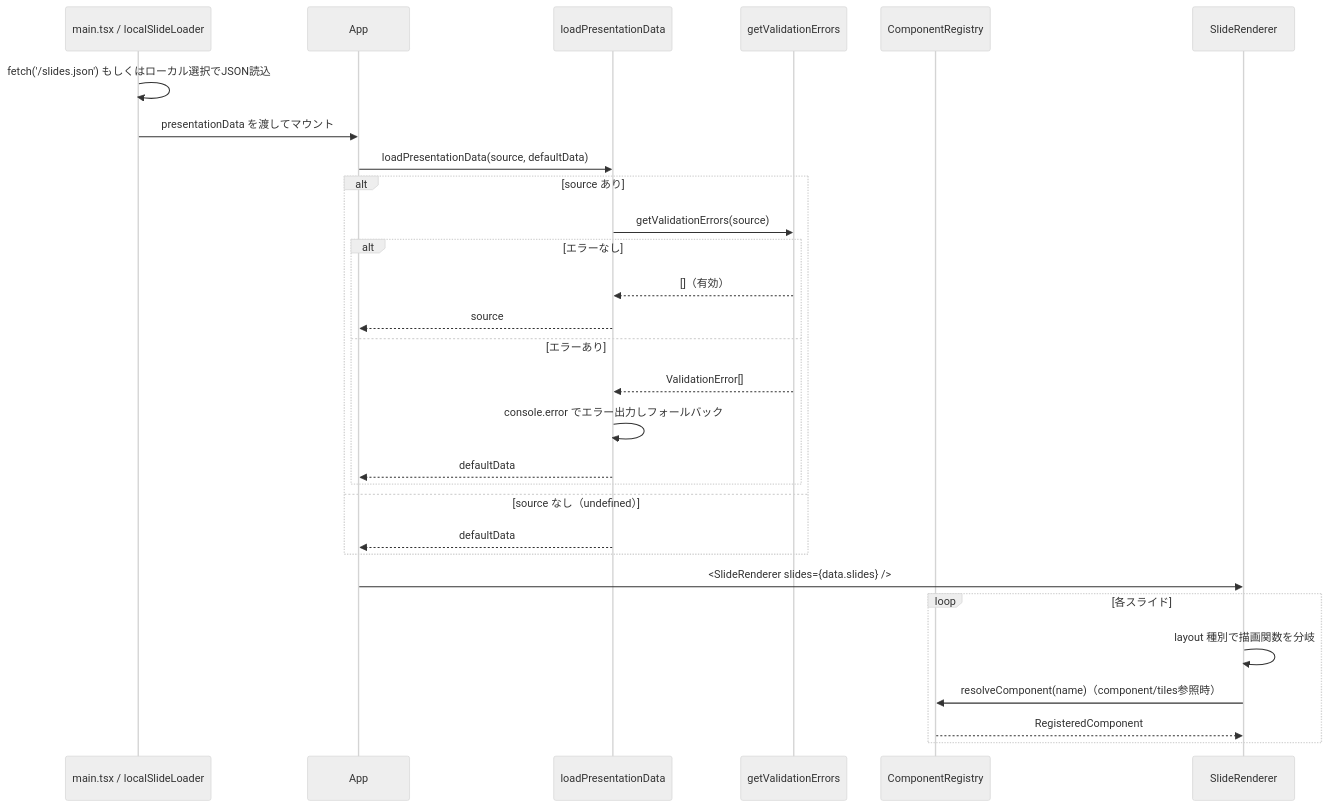
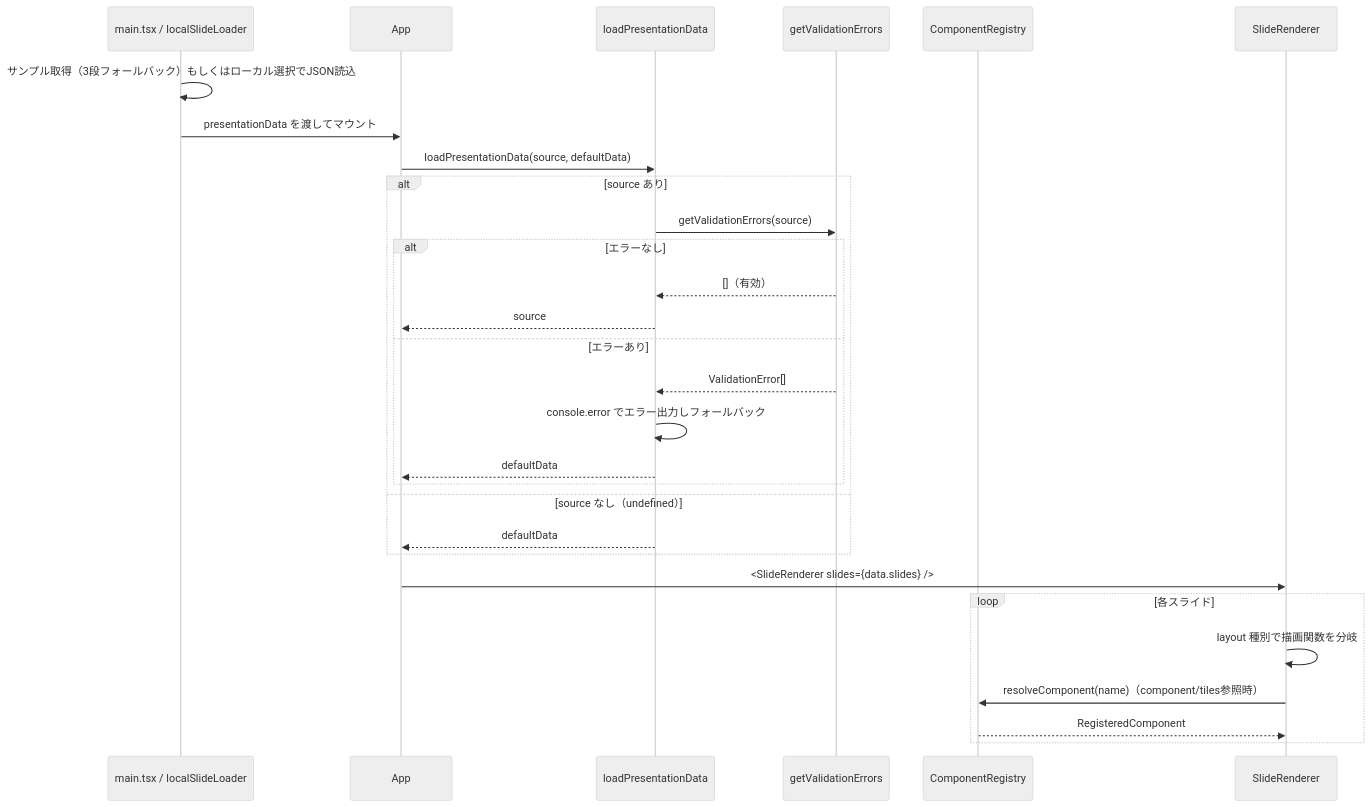
One commit to ToshikiImagawa/slide-presentation-app changed the first of 2 diagrams in .sdd/specification/slide-content-customization_spec.md. Above: the diagram before and after it, drawn with Mermaid (neutral theme). The commit also changed other lines of this file and 46 other files, not shown here.

````diff
--- a/.sdd/specification/slide-content-customization_spec.md
+++ b/.sdd/specification/slide-content-customization_spec.md
@@ -297,31 +300,31 @@
 ```mermaid
 sequenceDiagram
     participant Main as main.tsx / localSlideLoader
     participant App as App
     participant Loader as loadPresentationData
     participant Validator as getValidationErrors
     participant Registry as ComponentRegistry
     participant Renderer as SlideRenderer
-    Main ->> Main: fetch('/slides.json') もしくはローカル選択でJSON読込
+    Main ->> Main: サンプル取得（3段フォールバック）もしくはローカル選択でJSON読込
     Main ->> App: presentationData を渡してマウント
     App ->> Loader: loadPresentationData(source, defaultData)
     alt source あり
         Loader ->> Validator: getValidationErrors(source)
         alt エラーなし
             Validator -->> Loader: []（有効）
             Loader -->> App: source
         else エラーあり
             Validator -->> Loader: ValidationError[]
             Loader ->> Loader: console.error でエラー出力しフォールバック
             Loader -->> App: defaultData
         end
     else source なし（undefined）
         Loader -->> App: defaultData
     end
     App ->> Renderer: <SlideRenderer slides={data.slides} />
     loop 各スライド
         Renderer ->> Renderer: layout 種別で描画関数を分岐
         Renderer ->> Registry: resolveComponent(name)（component/tiles参照時）
         Registry -->> Renderer: RegisteredComponent
     end
 ```
````
